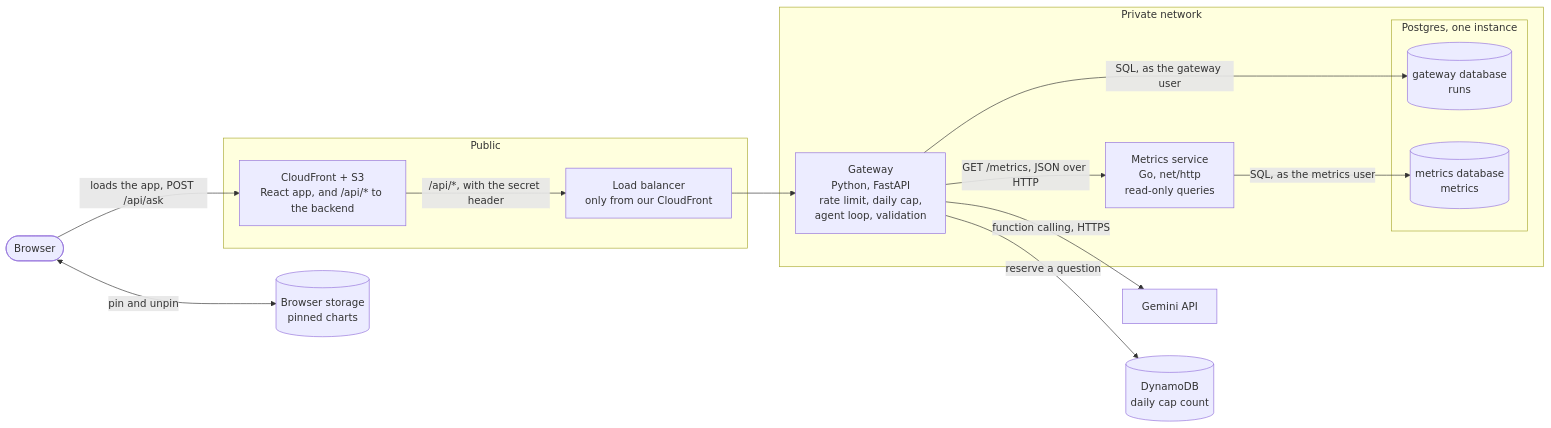
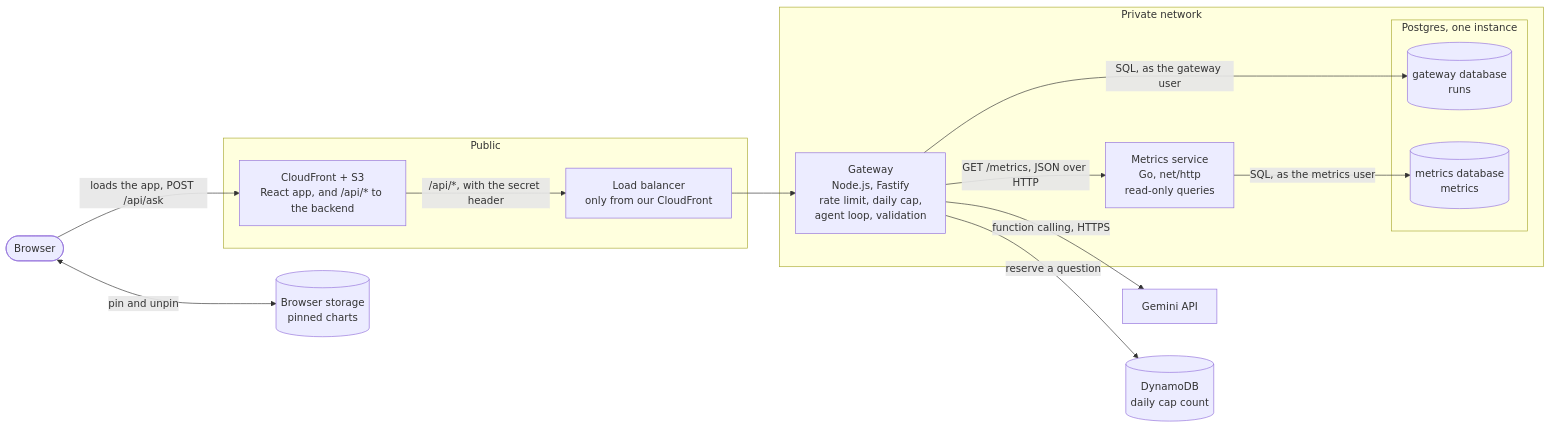
The second of 7 diagrams in docs/design.md (vovadyach/dashgen), drawn with Mermaid before and after one commit. The commit also changed other lines of this file and 42 other files, not shown here.

Commit message:
feat: move the gateway to Node.js, Fastify and TypeScript

````diff
--- a/docs/design.md
+++ b/docs/design.md
@@ -117,31 +117,31 @@
 ```mermaid
 flowchart LR
     browser(["Browser"])
     pins[("Browser storage<br/>pinned charts")]
     gemini["Gemini API"]
     cap[("DynamoDB<br/>daily cap count")]
 
     subgraph public ["Public"]
         cdn["CloudFront + S3<br/>React app, and /api/* to the backend"]
         alb["Load balancer<br/>only from our CloudFront"]
     end
 
     subgraph private ["Private network"]
-        gateway["Gateway<br/>Python, FastAPI<br/>rate limit, daily cap,<br/>agent loop, validation"]
+        gateway["Gateway<br/>Node.js, Fastify<br/>rate limit, daily cap,<br/>agent loop, validation"]
         metrics["Metrics service<br/>Go, net/http<br/>read-only queries"]
         subgraph pg ["Postgres, one instance"]
             gwdb[("gateway database<br/>runs")]
             mdb[("metrics database<br/>metrics")]
         end
     end
 
     browser -->|"loads the app, POST /api/ask"| cdn
     cdn -->|"/api/*, with the secret header"| alb
     browser <-->|"pin and unpin"| pins
     alb --> gateway
     gateway -->|"GET /metrics, JSON over HTTP"| metrics
     gateway -->|"function calling, HTTPS"| gemini
     gateway -->|"reserve a question"| cap
     gateway -->|"SQL, as the gateway user"| gwdb
     metrics -->|"SQL, as the metrics user"| mdb
 ```
````
